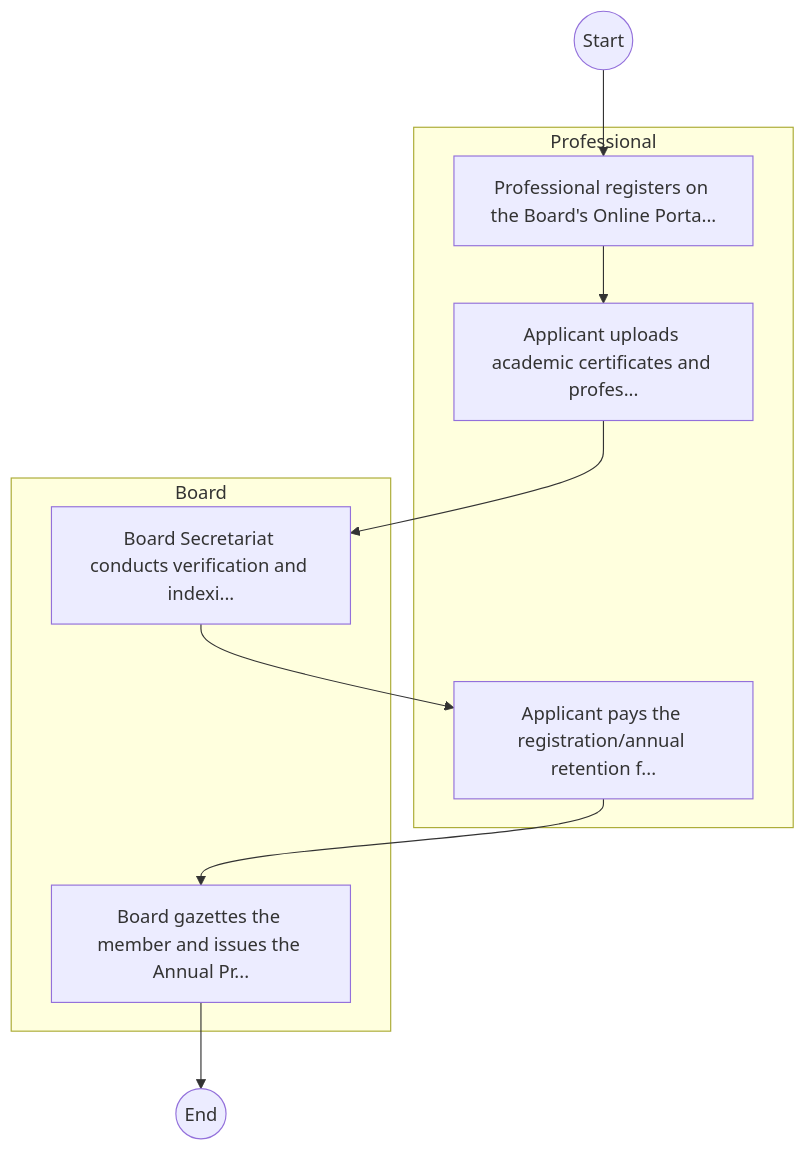
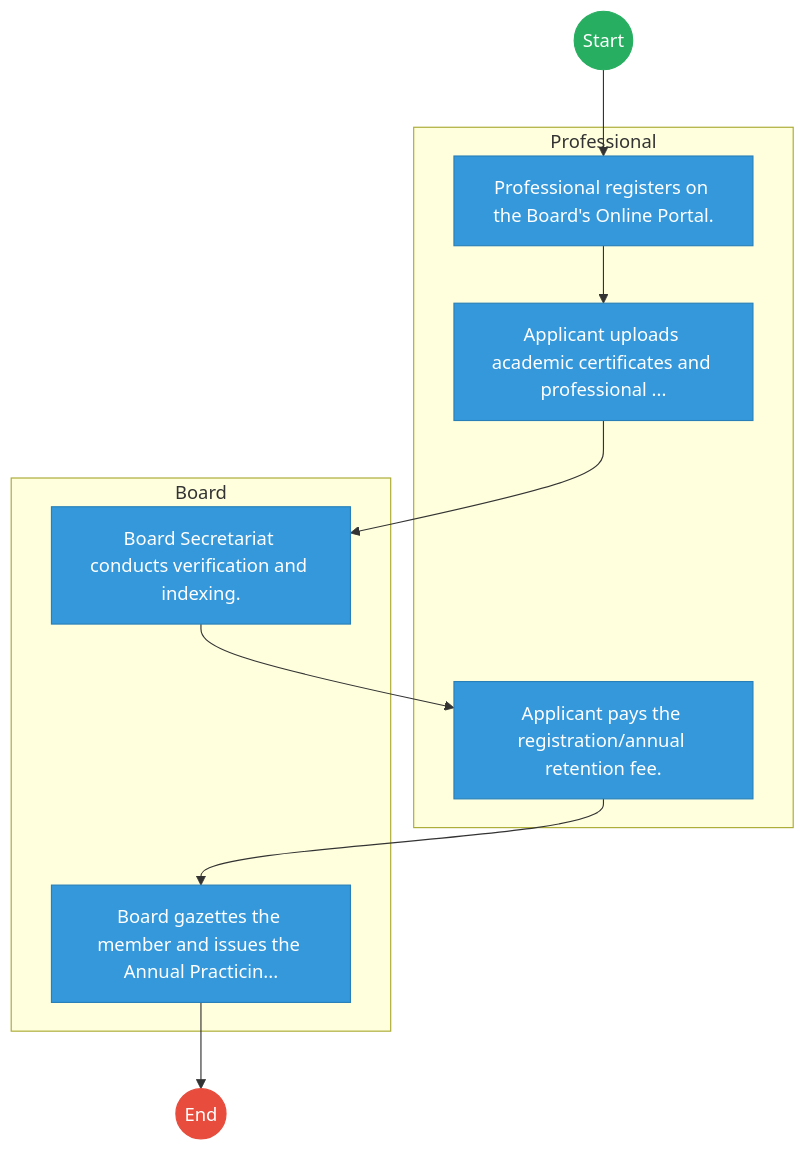
The first of 2 diagrams in mdas/docs_final/Animal_Technicians_Council___Service_Delivery.md (BITZ-IT-Consulting-LTD/ictapoc), drawn with Mermaid before and after one commit. The commit also changed other lines of this file and 461 other files, not shown here.

````diff
--- a/mdas/docs_final/Animal_Technicians_Council___Service_Delivery.md
+++ b/mdas/docs_final/Animal_Technicians_Council___Service_Delivery.md
@@ -20,18 +20,29 @@
 ```mermaid
 graph TD
     Start((Start)) --> S1
+
     subgraph Professional [Professional]
-        S1["Professional registers on the Board's Online Porta..."]
-        S2["Applicant uploads academic certificates and profes..."]
-        S4["Applicant pays the registration/annual retention f..."]
+        S1["Professional registers on the Board's Online Portal."]
+        S2["Applicant uploads academic certificates and professional ..."]
+        S4["Applicant pays the registration/annual retention fee."]
     end
+
     subgraph Board [Board]
-        S3["Board Secretariat conducts verification and indexi..."]
-        S5["Board gazettes the member and issues the Annual Pr..."]
+        S3["Board Secretariat conducts verification and indexing."]
+        S5["Board gazettes the member and issues the Annual Practicin..."]
     end
     S1 --> S2
     S2 --> S3
     S3 --> S4
     S4 --> S5
     S5 --> End((End))
+
+    classDef start fill:#27ae60,stroke:#27ae60,color:#fff;
+    classDef endNode fill:#e74c3c,stroke:#e74c3c,color:#fff;
+    classDef userTask fill:#3498db,stroke:#2980b9,color:#fff;
+    classDef serviceTask fill:#9b59b6,stroke:#8e44ad,color:#fff;
+
+    class Start start;
+    class End endNode;
+    class S1,S2,S3,S4,S5 userTask;
 ```
````
